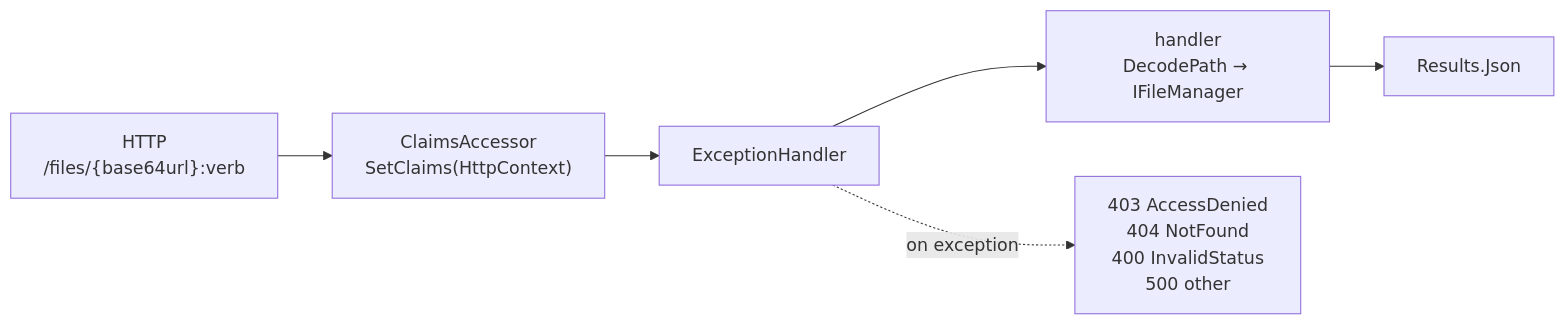
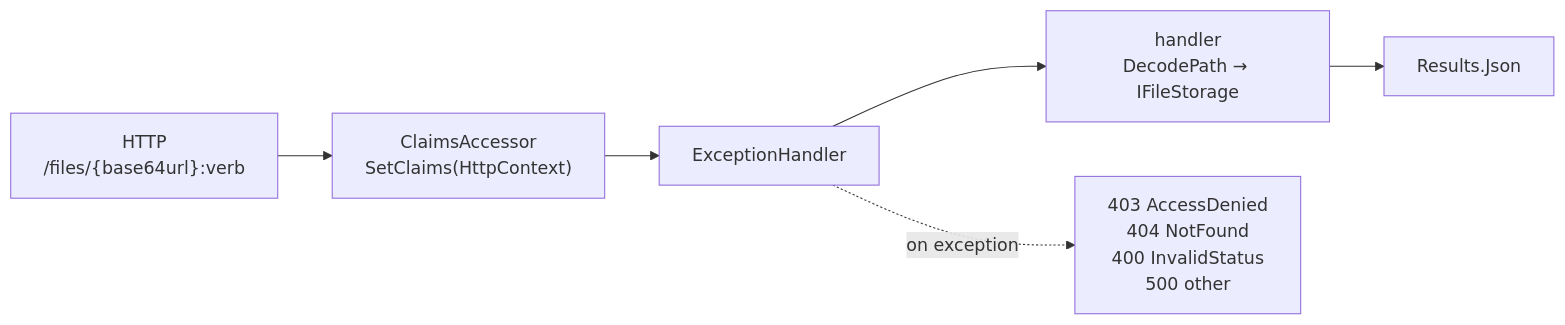
Before and after one commit to FlameOfUdun/winche-storage: the third of 6 diagrams in README.md, drawn with Mermaid. The commit also changed other lines of this file and 23 other files, not shown here.

````diff
--- a/README.md
+++ b/README.md
@@ -200,8 +198,8 @@
 ```mermaid
 flowchart LR
     Req["HTTP<br/>/files/{base64url}:verb"] --> CA["ClaimsAccessor<br/>SetClaims(HttpContext)"]
     CA --> EH["ExceptionHandler"]
-    EH --> Handler["handler<br/>DecodePath → IFileManager"]
+    EH --> Handler["handler<br/>DecodePath → IFileStorage"]
     Handler --> Ok["Results.Json"]
     EH -. on exception .-> Err["403 AccessDenied<br/>404 NotFound<br/>400 InvalidStatus<br/>500 other"]
 ```
````
